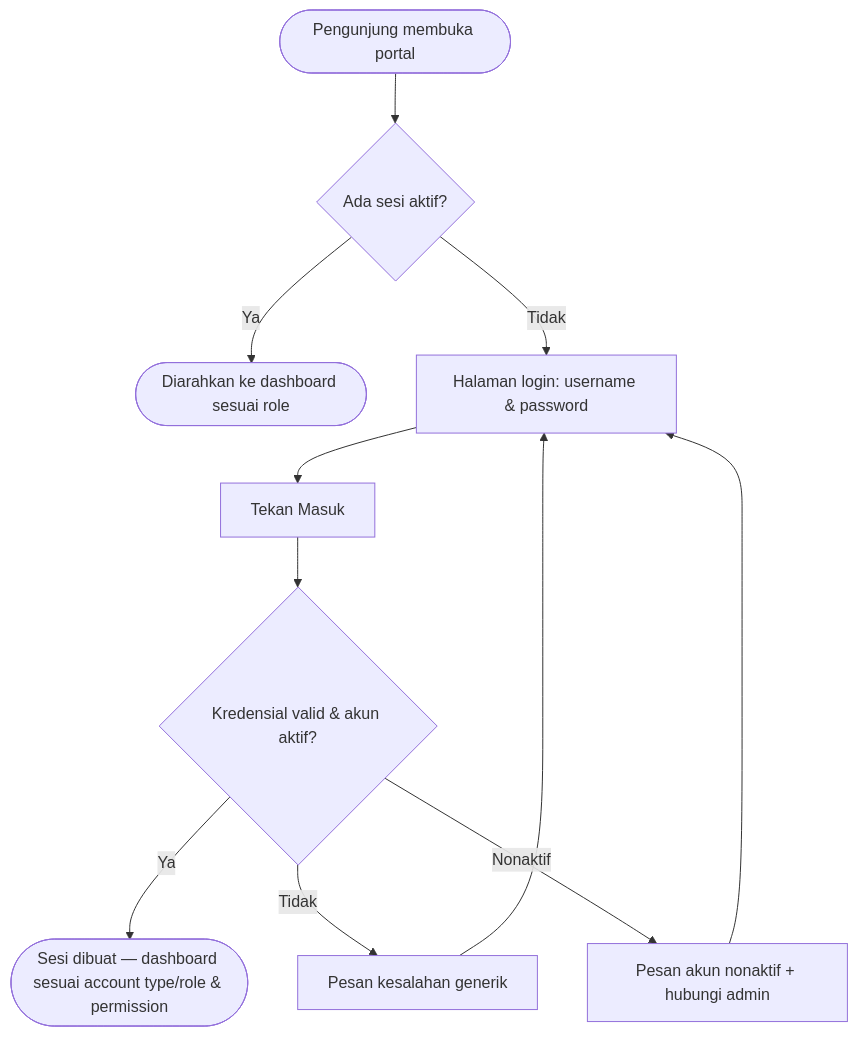
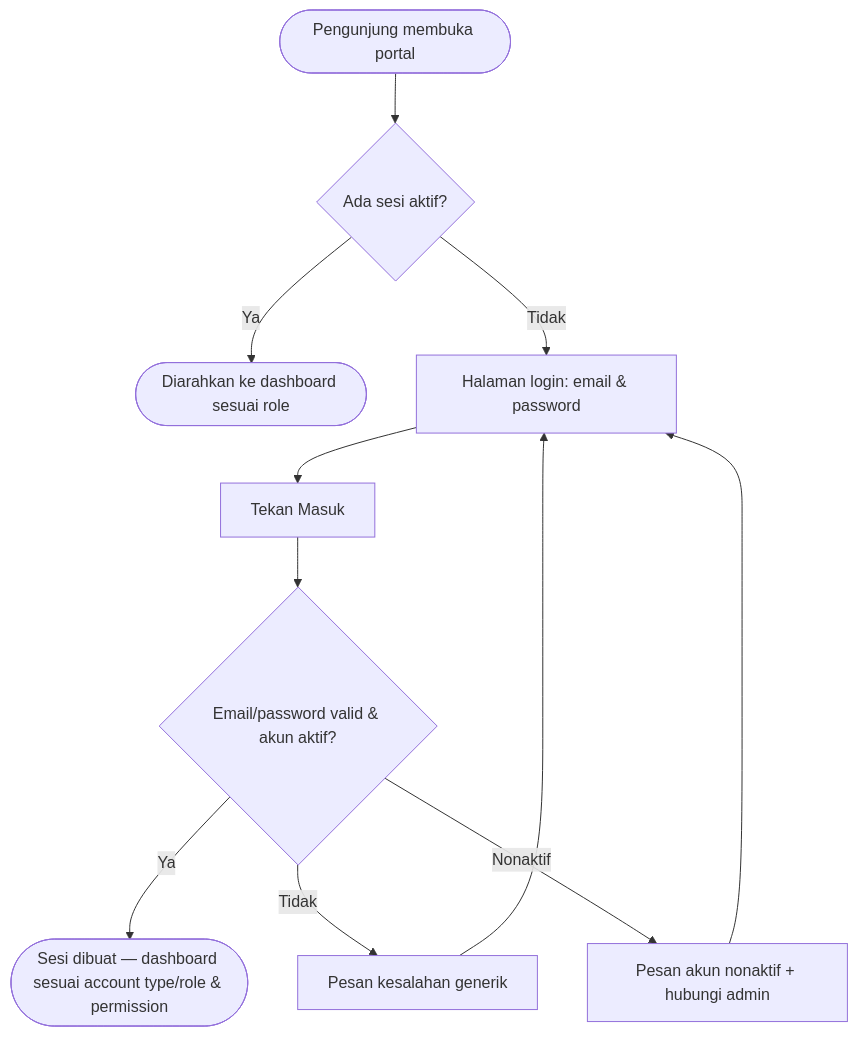
One commit to restajhon/portal-warga changed the diagram in docs/features/phase-01-mvp-portal-warga/e-01---autentikasi-akun/e01-us01--warga-login---design.md. Above: the diagram before and after it, drawn with Mermaid. The commit also changed other lines of this file and 9 other files, not shown here.

Commit message:
docs(auth): update warga self-registration flow

````diff
--- a/docs/features/phase-01-mvp-portal-warga/e-01---autentikasi-akun/e01-us01--warga-login---design.md
+++ b/docs/features/phase-01-mvp-portal-warga/e-01---autentikasi-akun/e01-us01--warga-login---design.md
@@ -13,13 +13,13 @@
 ```mermaid
 flowchart TD
   Start([Pengunjung membuka portal]) --> HasSession{Ada sesi aktif?}
   HasSession -->|Ya| Dashboard([Diarahkan ke dashboard sesuai role])
-  HasSession -->|Tidak| Login[Halaman login: username & password]
+  HasSession -->|Tidak| Login[Halaman login: email & password]
   Login --> Submit[Tekan Masuk]
-  Submit --> Valid{Kredensial valid & akun aktif?}
+  Submit --> Valid{Email/password valid & akun aktif?}
   Valid -->|Ya| Success([Sesi dibuat — dashboard sesuai account type/role & permission])
   Valid -->|Tidak| Error[Pesan kesalahan generik]
   Valid -->|Nonaktif| Nonaktif[Pesan akun nonaktif + hubungi admin]
   Error --> Login
   Nonaktif --> Login
 ```
````
